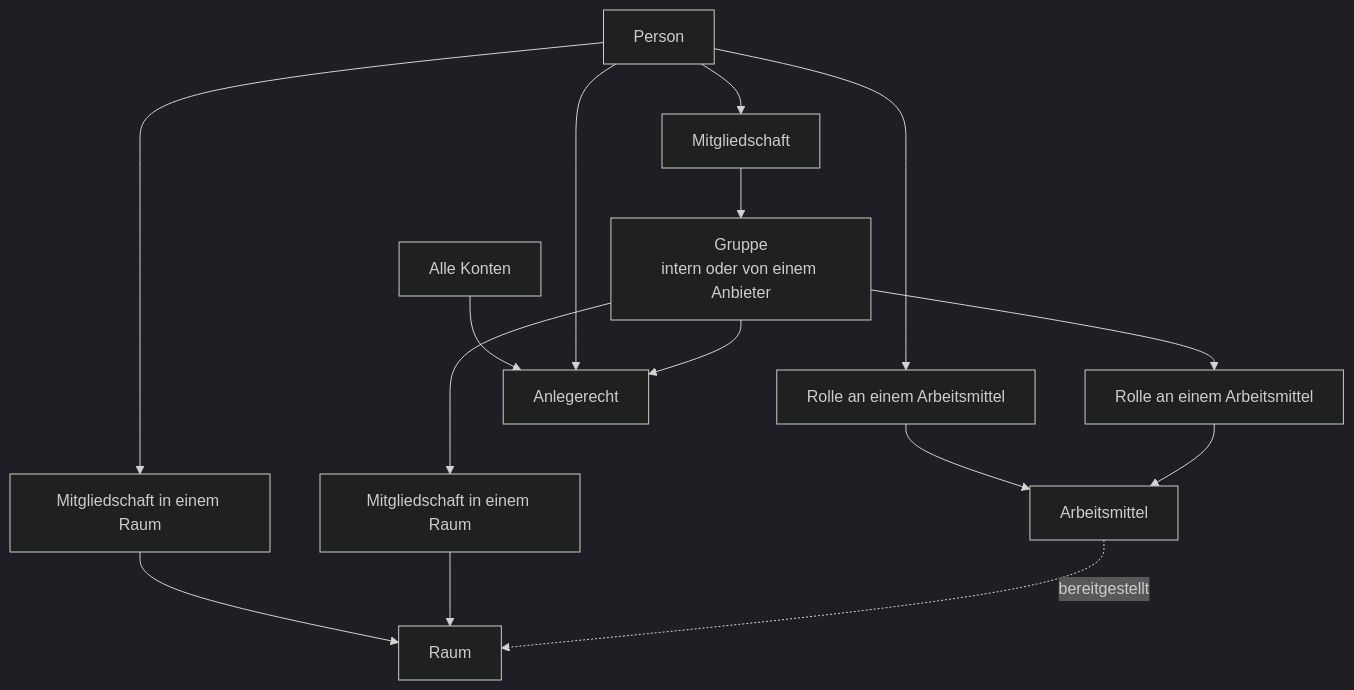
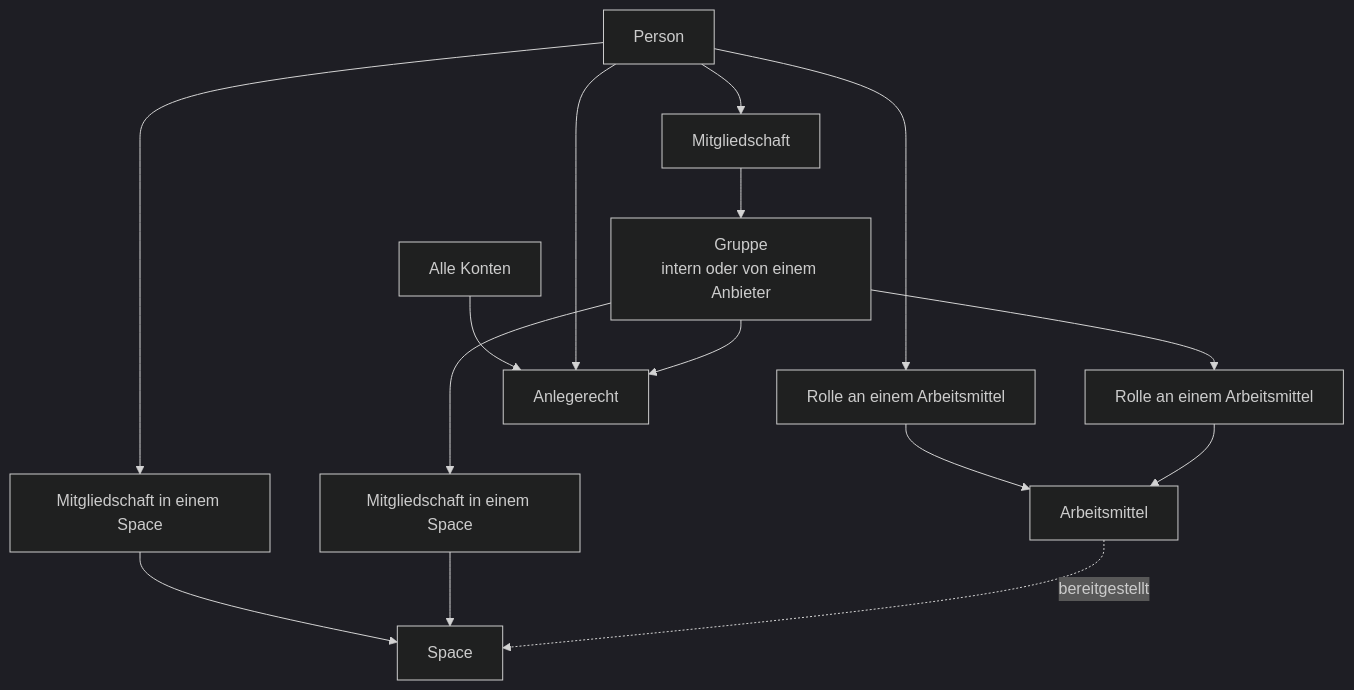
One commit to criew/opaa changed the diagram in docs/handbuch/berechtigungen.md. Above: the diagram before and after it, drawn with Mermaid (dark theme). The commit also changed other lines of this file and 5 other files, not shown here.

First line of the commit message:
docs(handbuch): durchgehend „Space" statt „Raum"

````diff
--- a/docs/handbuch/berechtigungen.md
+++ b/docs/handbuch/berechtigungen.md
@@ -32,17 +32,17 @@
 ```mermaid
 flowchart TB
     P[Person] --> M[Mitgliedschaft]
     M --> G[Gruppe<br/>intern oder von einem Anbieter]
     P --> DG[Rolle an einem Arbeitsmittel]
     G --> GG[Rolle an einem Arbeitsmittel]
-    P --> SM[Mitgliedschaft in einem Raum]
-    G --> SG[Mitgliedschaft in einem Raum]
+    P --> SM[Mitgliedschaft in einem Space]
+    G --> SG[Mitgliedschaft in einem Space]
     DG --> B[Arbeitsmittel]
     GG --> B
-    SM --> S[Raum]
+    SM --> S[Space]
     SG --> S
     B -. bereitgestellt .-> S
     A["Alle Konten"] --> C[Anlegerecht]
     P --> C
     G --> C
 ```
````
